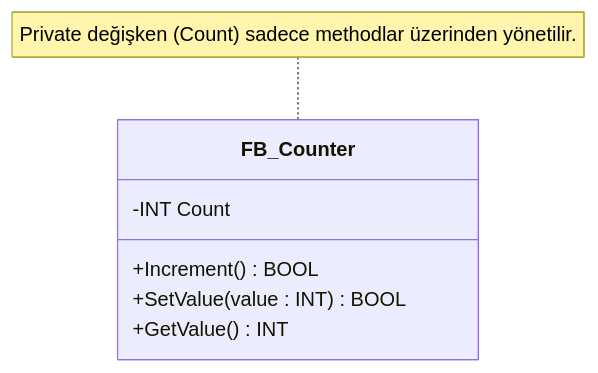
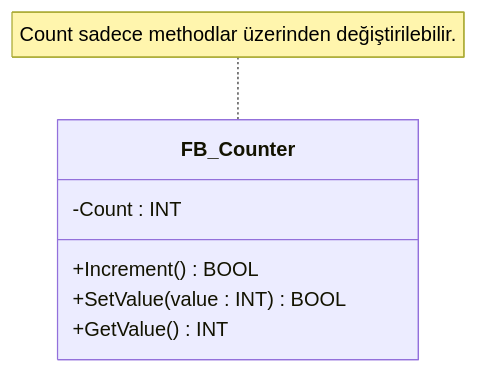
One commit to buribalkan/PLC changed the sixth of 7 diagrams in 61131-3/Method.md. Above: the diagram before and after it, drawn with Mermaid. The commit also changed other lines of this file, not shown here.

Commit message:
Update METHOD documentation and diagrams

````diff
--- a/61131-3/Method.md
+++ b/61131-3/Method.md
@@ -310,11 +310,11 @@
 ```mermaid
 classDiagram
     class FB_Counter {
-        -INT Count
+        -Count : INT
         +Increment() BOOL
         +SetValue(value : INT) BOOL
         +GetValue() INT
     }
 
-    note for FB_Counter "Private değişken (Count) sadece methodlar üzerinden yönetilir."
+    note for FB_Counter "Count sadece methodlar üzerinden değiştirilebilir."
 ```
````
